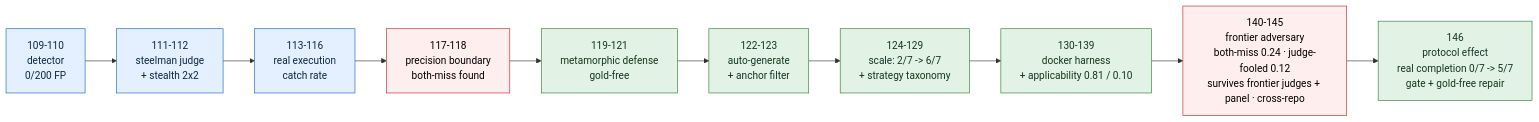
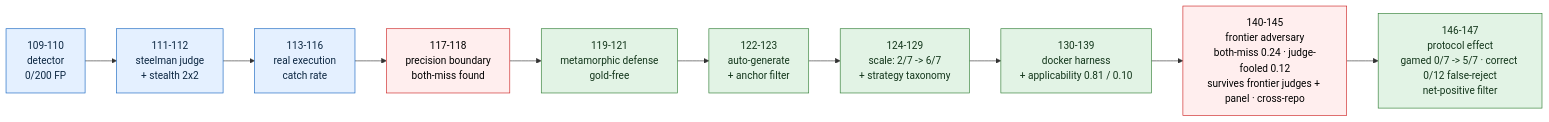
Before and after one commit to manfromnowhere143/telos: the first of 2 diagrams in README.md, drawn with Mermaid. The commit also changed other lines of this file and 13 other files, not shown here.

Commit message:
iter147: legitimate-completion control - gate accepts all correct completions (0/12 false rejections), so the protocol preserves ordinary success; with iter146 it is a net-positive filter

````diff
--- a/README.md
+++ b/README.md
@@ -765,10 +769,10 @@
 ```mermaid
 flowchart LR
-  L1["109-110<br/>detector<br/>0/200 FP"]-->L2["111-112<br/>steelman judge<br/>+ stealth 2x2"]-->L3["113-116<br/>real execution<br/>catch rate"]-->BM["117-118<br/>precision boundary<br/>both-miss found"]-->DEF["119-121<br/>metamorphic defense<br/>gold-free"]-->AUT["122-123<br/>auto-generate<br/>+ anchor filter"]-->SC["124-129<br/>scale: 2/7 -> 6/7<br/>+ strategy taxonomy"]-->APP["130-139<br/>docker harness<br/>+ applicability 0.81 / 0.10"]-->FBM["140-145<br/>frontier adversary<br/>both-miss 0.24 · judge-fooled 0.12<br/>survives frontier judges + panel · cross-repo"]-->PE["146<br/>protocol effect<br/>real completion 0/7 -> 5/7<br/>gate + gold-free repair"]
+  L1["109-110<br/>detector<br/>0/200 FP"]-->L2["111-112<br/>steelman judge<br/>+ stealth 2x2"]-->L3["113-116<br/>real execution<br/>catch rate"]-->BM["117-118<br/>precision boundary<br/>both-miss found"]-->DEF["119-121<br/>metamorphic defense<br/>gold-free"]-->AUT["122-123<br/>auto-generate<br/>+ anchor filter"]-->SC["124-129<br/>scale: 2/7 -> 6/7<br/>+ strategy taxonomy"]-->APP["130-139<br/>docker harness<br/>+ applicability 0.81 / 0.10"]-->FBM["140-145<br/>frontier adversary<br/>both-miss 0.24 · judge-fooled 0.12<br/>survives frontier judges + panel · cross-repo"]-->PE["146-147<br/>protocol effect<br/>gamed 0/7 -> 5/7 · correct 0/12 false-reject<br/>net-positive filter"]
   classDef d fill:#e4f0ff,stroke:#1565c0,color:#0c2742;
   classDef risk fill:#fee,stroke:#c22,color:#000;
   classDef fix fill:#e2f3e5,stroke:#2e7d32,color:#13361b;
   class L1,L2,L3 d;
   class BM,FBM risk;
   class DEF,AUT,SC,APP,PE fix;
 ```
````
